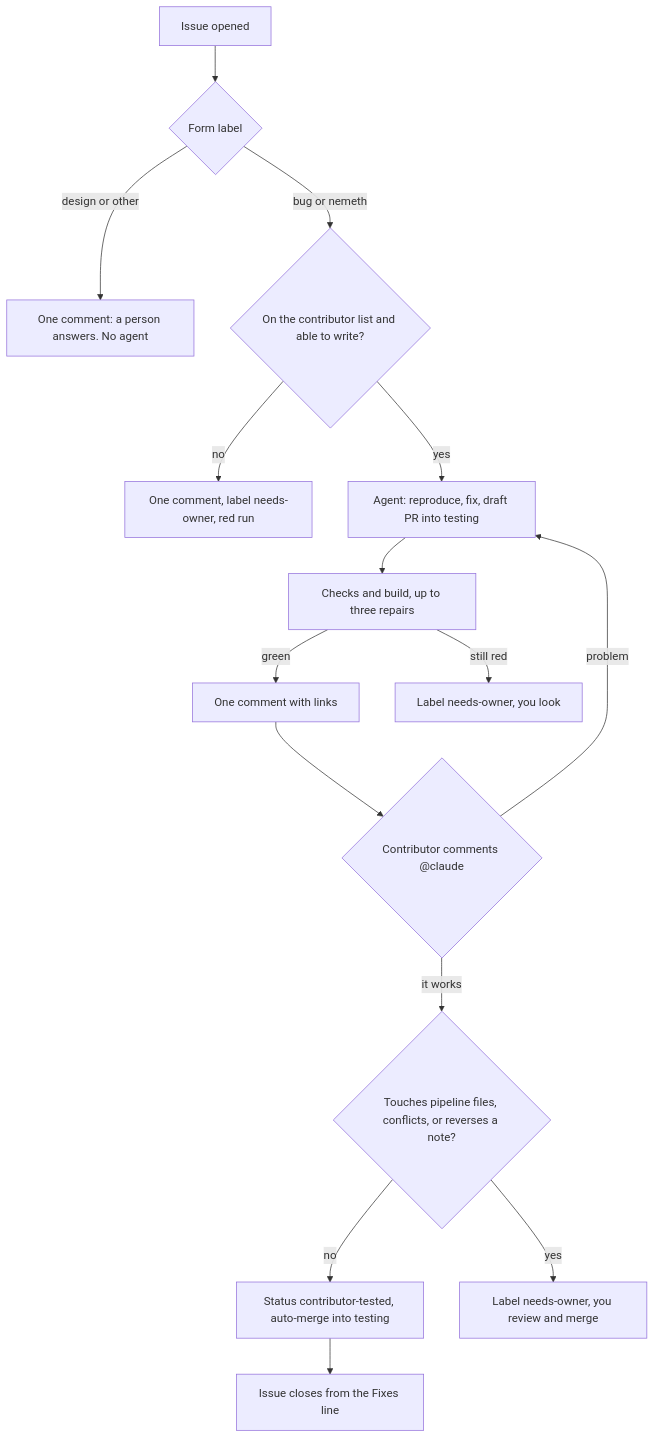
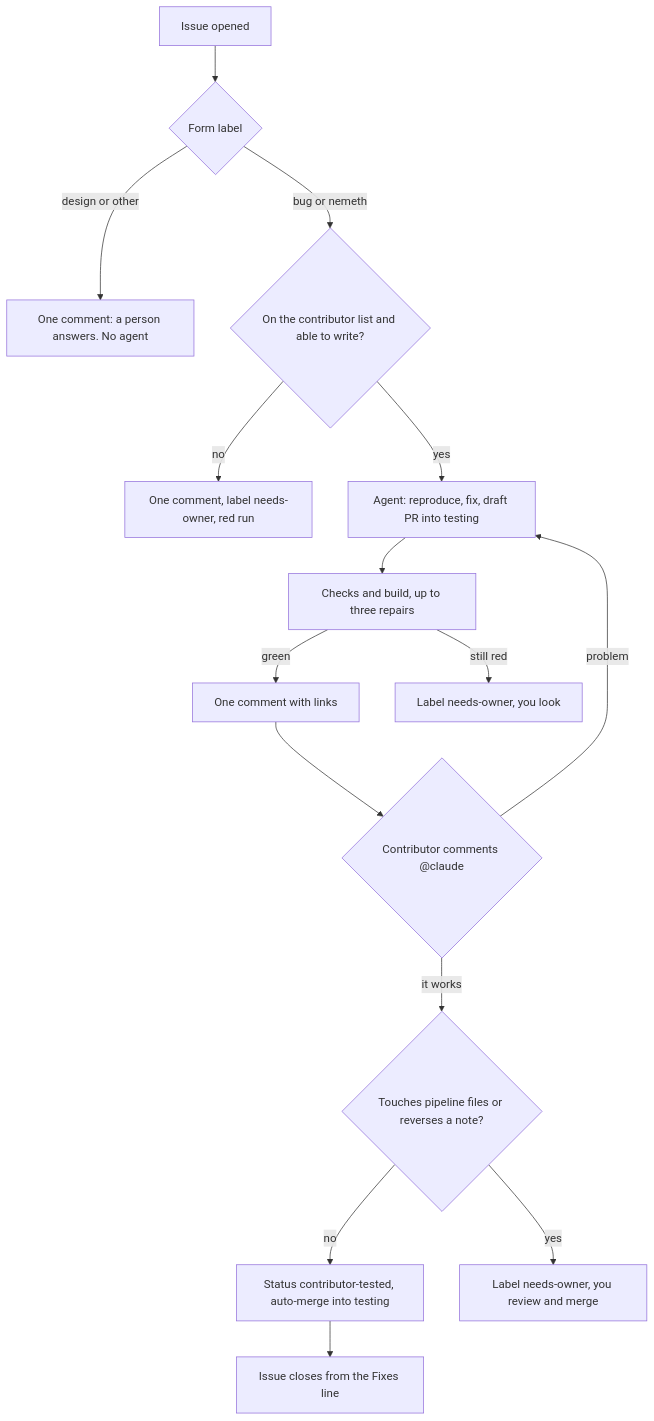
Before and after one commit to ParkingSoman/omniya-core: the diagram in docs/contributor-pipeline.md, drawn with Mermaid. The commit also changed other lines of this file and 12 other files, not shown here.

````diff
--- a/docs/contributor-pipeline.md
+++ b/docs/contributor-pipeline.md
@@ -59,17 +59,17 @@
 ```mermaid
 flowchart TD
   A[Issue opened] --> B{Form label}
   B -- design or other --> C[One comment: a person answers. No agent]
   B -- bug or nemeth --> D{On the contributor list and able to write?}
   D -- no --> E[One comment, label needs-owner, red run]
   D -- yes --> F[Agent: reproduce, fix, draft PR into testing]
   F --> G[Checks and build, up to three repairs]
   G -- green --> H[One comment with links]
   G -- still red --> I[Label needs-owner, you look]
   H --> J{Contributor comments @claude}
   J -- problem --> F
-  J -- it works --> K{Touches pipeline files, conflicts, or reverses a note?}
+  J -- it works --> K{Touches pipeline files or reverses a note?}
   K -- no --> L[Status contributor-tested, auto-merge into testing]
   K -- yes --> N[Label needs-owner, you review and merge]
   L --> M[Issue closes from the Fixes line]
 ```
````
